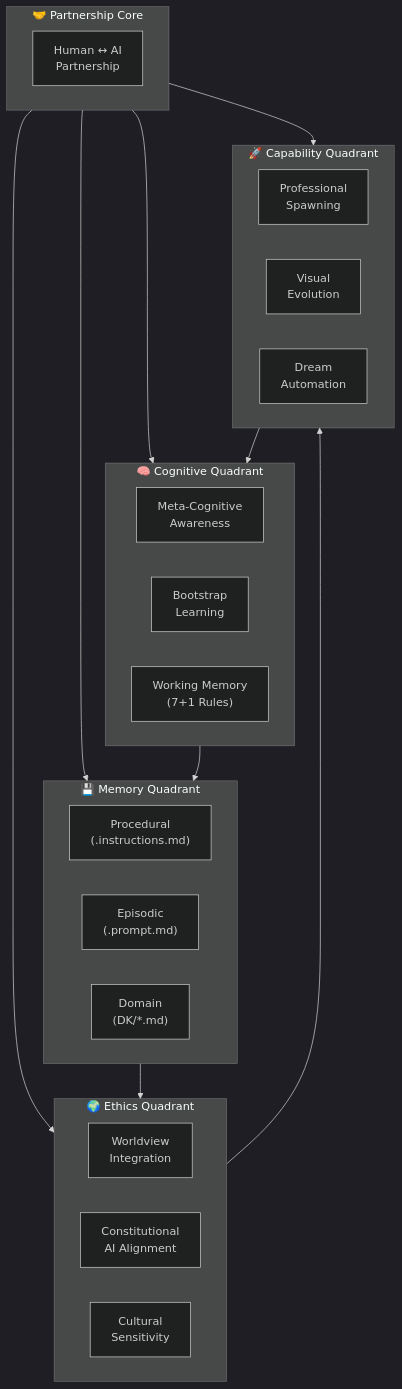
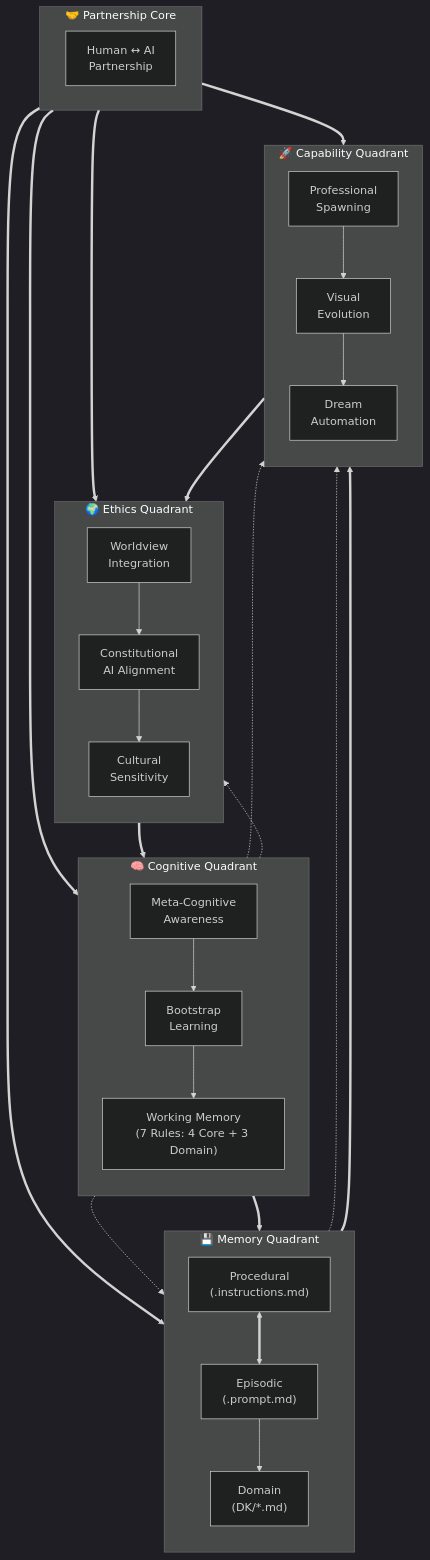
The seventh of 8 diagrams in ArchitectureDiagrams.md (fabioc-aloha/Catalyst-NEWBORN), drawn with Mermaid (dark theme) before and after one commit. The commit also changed other lines of this file, not shown here.

First line of the commit message:
Enhanced Mermaid diagram layouts and flow organization

````diff
--- a/ArchitectureDiagrams.md
+++ b/ArchitectureDiagrams.md
@@ -317,44 +412,73 @@
 ```mermaid
-graph TD
+flowchart TD
     %% Central Partnership Hub
     subgraph Center["🤝 Partnership Core"]
         HumanAI["Human ↔ AI<br/>Partnership"]
     end
 
-    %% Four Quadrants
+    %% Top Left - Cognitive Quadrant
     subgraph Q1["🧠 Cognitive Quadrant"]
+        direction TB
         MetaCog["Meta-Cognitive<br/>Awareness"]
         Bootstrap["Bootstrap<br/>Learning"]
-        WorkMem["Working Memory<br/>(7+1 Rules)"]
+        WorkMem["Working Memory<br/>(7 Rules: 4 Core + 3 Domain)"]
+
+        %% Cognitive flow
+        MetaCog --> Bootstrap
+        Bootstrap --> WorkMem
     end
 
+    %% Top Right - Memory Quadrant
     subgraph Q2["💾 Memory Quadrant"]
+        direction TB
         Procedural["Procedural<br/>(.instructions.md)"]
         Episodic["Episodic<br/>(.prompt.md)"]
         Domain["Domain<br/>(DK/*.md)"]
+
+        %% Memory flow
+        Procedural <==> Episodic
+        Episodic --> Domain
     end
 
+    %% Bottom Left - Ethics Quadrant
     subgraph Q3["🌍 Ethics Quadrant"]
+        direction TB
         Worldview["Worldview<br/>Integration"]
         Constitutional["Constitutional<br/>AI Alignment"]
         Cultural["Cultural<br/>Sensitivity"]
+
+        %% Ethics flow
+        Worldview --> Constitutional
+        Constitutional --> Cultural
     end
 
+    %% Bottom Right - Capability Quadrant
     subgraph Q4["🚀 Capability Quadrant"]
+        direction TB
         Professional["Professional<br/>Spawning"]
         Visual["Visual<br/>Evolution"]
         Automation["Dream<br/>Automation"]
+
+        %% Capability flow
+        Professional --> Visual
+        Visual --> Automation
     end
 
-    %% Central connections
-    Center --> Q1
-    Center --> Q2
-    Center --> Q3
-    Center --> Q4
+    %% Hub to quadrants
+    Center ==> Q1
+    Center ==> Q2
+    Center ==> Q3
+    Center ==> Q4
 
-    %% Cross-quadrant connections
-    Q1 --> Q2
-    Q2 --> Q3
-    Q3 --> Q4
-    Q4 --> Q1
+    %% Clockwise quadrant flow
+    Q1 ==> Q2
+    Q2 ==> Q4
+    Q4 ==> Q3
+    Q3 ==> Q1
+
+    %% Cross-quadrant specialized connections
+    MetaCog -.-> Worldview
+    Domain -.-> Professional
+    Bootstrap -.-> Procedural
+    WorkMem -.-> Automation
 ```
````
